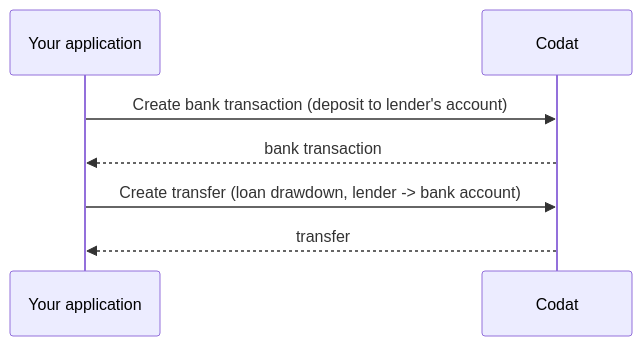
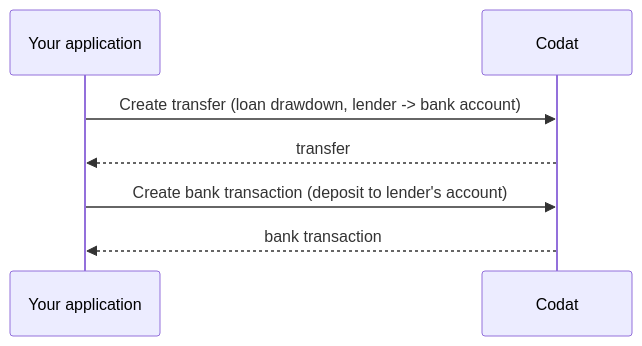
One commit to codatio/codat-docs changed the diagram in docs/lending/guides/loan-writeback/deposit.md. Above: the diagram before and after it, drawn with Mermaid. The commit also changed other lines of this file and 6 other files, not shown here.

````diff
--- a/docs/lending/guides/loan-writeback/deposit.md
+++ b/docs/lending/guides/loan-writeback/deposit.md
@@ -13,11 +18,11 @@
 ```mermaid
     sequenceDiagram
         participant backend as Your application 
         participant codat as Codat
 
+        backend ->> codat: Create transfer (loan drawdown, lender -> bank account)
+        codat -->> backend:  transfer
+
         backend ->> codat: Create bank transaction (deposit to lender's account)
         codat -->> backend: bank transaction
-        
-        backend ->> codat: Create transfer (loan drawdown, lender -> bank account)
-        codat -->> backend:  transfer
 ```
````
